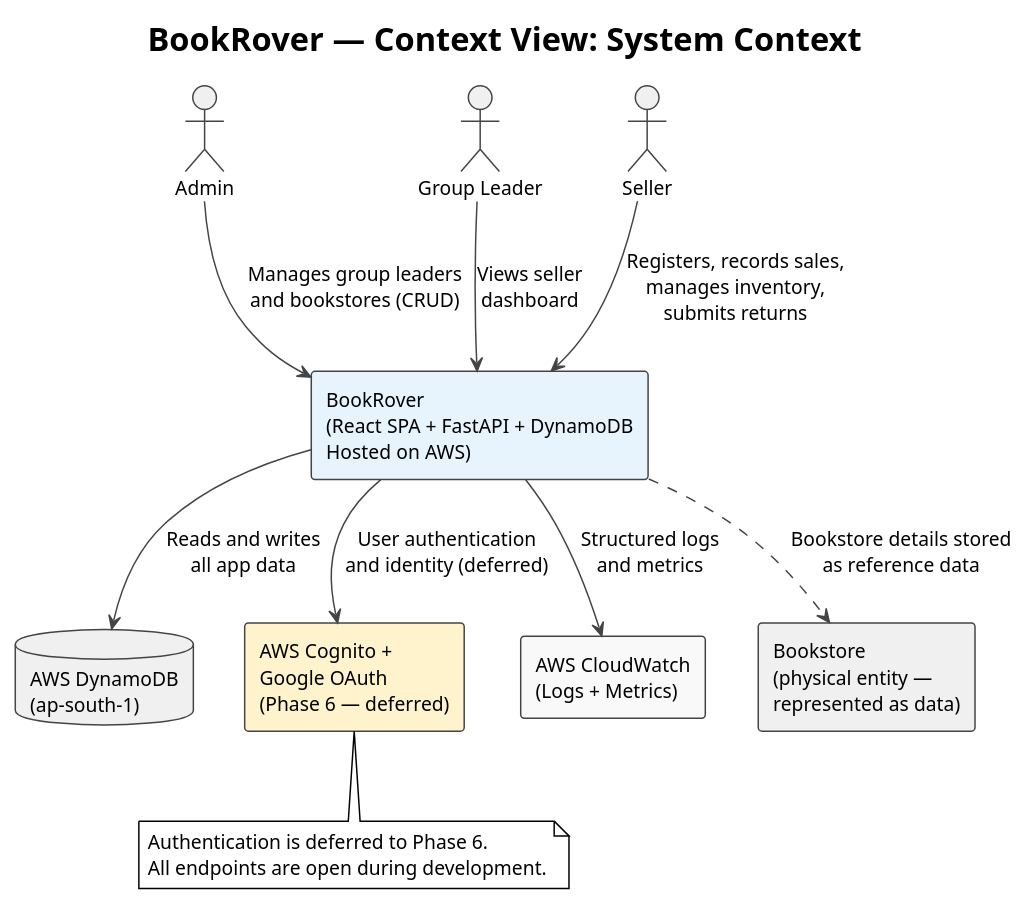
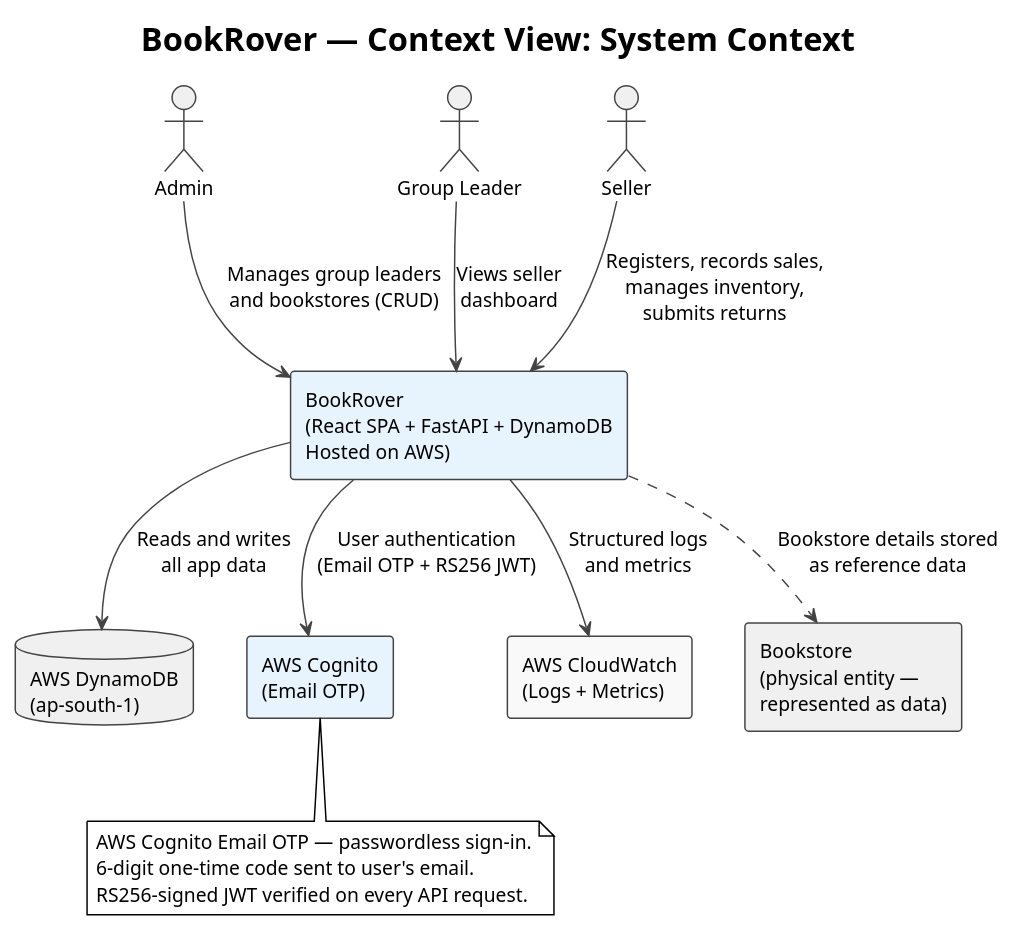
Before and after one commit to ShivkumarSSoni/BookRover: the diagram in docs/03_context_and_scope/diagrams/context_system_context.puml, drawn with PlantUML. The commit also changed 16 other files, not shown here.

```diff
--- a/docs/03_context_and_scope/diagrams/context_system_context.puml
+++ b/docs/03_context_and_scope/diagrams/context_system_context.puml
@@ -1,47 +1,48 @@
 @startuml
 !theme plain
 skinparam defaultFontName Segoe UI
 skinparam defaultFontSize 13
 skinparam ArrowColor #444444
 skinparam shadowing false
 skinparam RectangleBorderColor #444444
 skinparam RectangleBackgroundColor #f9f9f9
 skinparam ActorBorderColor #444444
 skinparam ActorBackgroundColor #f0f0f0
 skinparam DatabaseBorderColor #444444
 skinparam DatabaseBackgroundColor #f0f0f0
 
 title BookRover — Context View: System Context
 
 ' ─── Human actors ─────────────────────────────────────
 actor "Admin" as Admin
 actor "Group Leader" as GL
 actor "Seller" as Seller
 
 ' ─── System under consideration ───────────────────────
 rectangle "BookRover\n(React SPA + FastAPI + DynamoDB\nHosted on AWS)" as BookRover #e8f4fd
 
 ' ─── External systems ─────────────────────────────────
 database "AWS DynamoDB\n(ap-south-1)" as DynamoDB
-rectangle "AWS Cognito +\nGoogle OAuth\n(Phase 6 — deferred)" as Cognito #fff3cd
+rectangle "AWS Cognito\n(Email OTP)" as Cognito #e8f4fd
 rectangle "AWS CloudWatch\n(Logs + Metrics)" as CloudWatch
 rectangle "Bookstore\n(physical entity —\nrepresented as data)" as Bookstore #f0f0f0
 
 ' ─── Actor → System ───────────────────────────────────
 Admin --> BookRover : Manages group leaders\nand bookstores (CRUD)
 GL --> BookRover : Views seller\ndashboard
 Seller --> BookRover : Registers, records sales,\nmanages inventory,\nsubmits returns
 
 ' ─── System → External systems ────────────────────────
 BookRover --> DynamoDB : Reads and writes\nall app data
-BookRover --> Cognito : User authentication\nand identity (deferred)
+BookRover --> Cognito : User authentication\n(Email OTP + RS256 JWT)
 BookRover --> CloudWatch : Structured logs\nand metrics
 BookRover ..> Bookstore : Bookstore details stored\nas reference data
 
 ' ─── Note ─────────────────────────────────────────────
 note bottom of Cognito
-  Authentication is deferred to Phase 6.
-  All endpoints are open during development.
+  AWS Cognito Email OTP — passwordless sign-in.
+  6-digit one-time code sent to user's email.
+  RS256-signed JWT verified on every API request.
 end note
 
 @enduml
```
